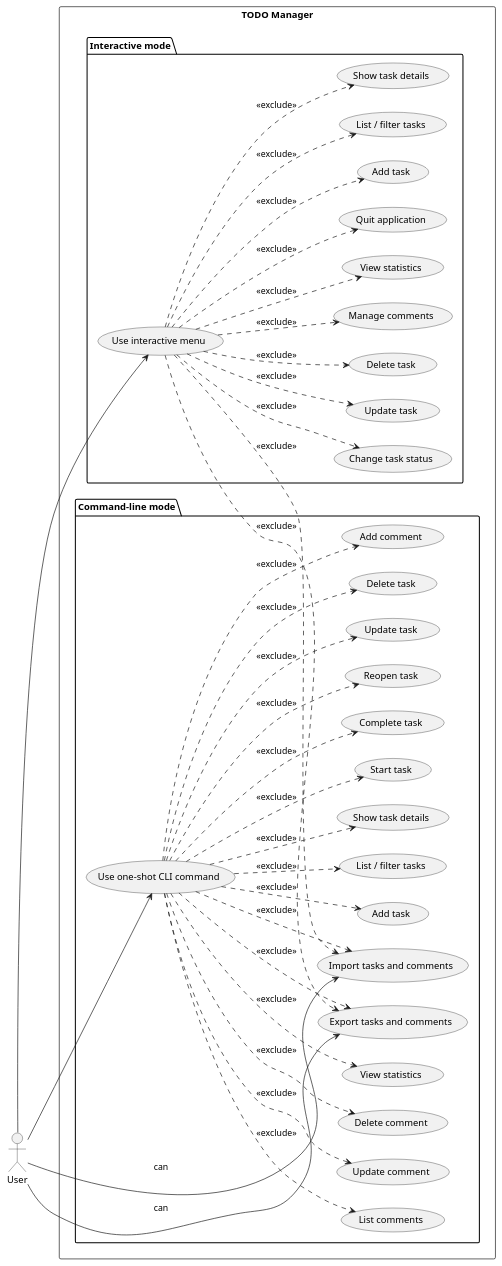
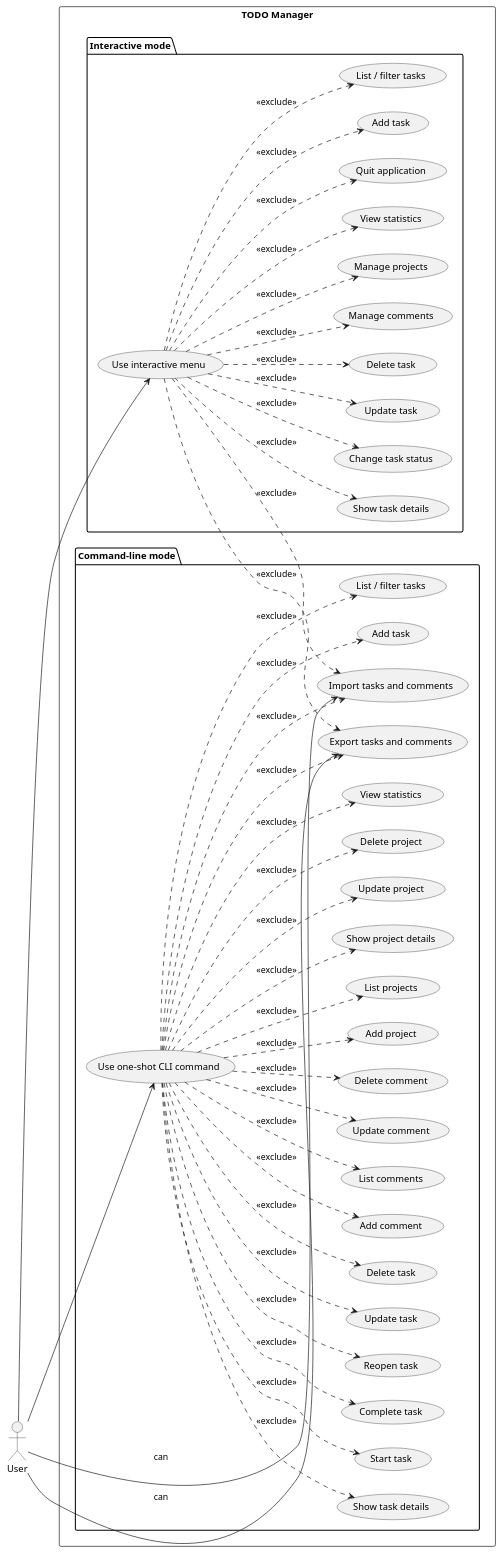
The diagram in experiments/broadcast/structured_text/TODO/artifacts/use_case_diagram.puml (DanielRiha8906/Software_autoevolution_using_agents), drawn with PlantUML before and after one commit. The commit also changed 16 other files, not shown here.

```diff
--- a/experiments/broadcast/structured_text/TODO/artifacts/use_case_diagram.puml
+++ b/experiments/broadcast/structured_text/TODO/artifacts/use_case_diagram.puml
@@ -1,77 +1,89 @@
 @startuml use_case_diagram
 
 left to right direction
 
 actor User
 
 rectangle "TODO Manager" {
 
   package "Interactive mode" {
     usecase "Use interactive menu" as UI
     usecase "Add task" as I_ADD
     usecase "List / filter tasks" as I_LIST
     usecase "Show task details" as I_SHOW
     usecase "Change task status" as I_STATUS
     usecase "Update task" as I_UPDATE
     usecase "Delete task" as I_DELETE
     usecase "Manage comments" as I_COMMENTS
+    usecase "Manage projects" as I_PROJECTS
     usecase "View statistics" as I_STATS
     usecase "Quit application" as I_QUIT
   }
 
   package "Command-line mode" {
     usecase "Use one-shot CLI command" as CLI
     usecase "Add task" as C_ADD
     usecase "List / filter tasks" as C_LIST
     usecase "Show task details" as C_SHOW
     usecase "Start task" as C_START
     usecase "Complete task" as C_DONE
     usecase "Reopen task" as C_REOPEN
     usecase "Update task" as C_UPDATE
     usecase "Delete task" as C_DELETE
     usecase "Add comment" as C_ADD_COMMENT
     usecase "List comments" as C_LIST_COMMENTS
     usecase "Update comment" as C_UPDATE_COMMENT
     usecase "Delete comment" as C_DELETE_COMMENT
+    usecase "Add project" as C_ADD_PROJECT
+    usecase "List projects" as C_LIST_PROJECT
+    usecase "Show project details" as C_SHOW_PROJECT
+    usecase "Update project" as C_UPDATE_PROJECT
+    usecase "Delete project" as C_DELETE_PROJECT
     usecase "View statistics" as C_STATS
     usecase "Export tasks and comments" as C_EXPORT
     usecase "Import tasks and comments" as C_IMPORT
   }
 }
 
 User --> UI
 User --> CLI
 
 UI ..> I_ADD    : <<exclude>>
 UI ..> I_LIST   : <<exclude>>
 UI ..> I_SHOW   : <<exclude>>
 UI ..> I_STATUS : <<exclude>>
 UI ..> I_UPDATE : <<exclude>>
 UI ..> I_DELETE : <<exclude>>
 UI ..> I_COMMENTS : <<exclude>>
+UI ..> I_PROJECTS : <<exclude>>
 UI ..> I_STATS  : <<exclude>>
 UI ..> I_QUIT   : <<exclude>>
 
 CLI ..> C_ADD    : <<exclude>>
 CLI ..> C_LIST   : <<exclude>>
 CLI ..> C_SHOW   : <<exclude>>
 CLI ..> C_START  : <<exclude>>
 CLI ..> C_DONE   : <<exclude>>
 CLI ..> C_REOPEN : <<exclude>>
 CLI ..> C_UPDATE : <<exclude>>
 CLI ..> C_DELETE : <<exclude>>
 CLI ..> C_ADD_COMMENT : <<exclude>>
 CLI ..> C_LIST_COMMENTS : <<exclude>>
 CLI ..> C_UPDATE_COMMENT : <<exclude>>
 CLI ..> C_DELETE_COMMENT : <<exclude>>
+CLI ..> C_ADD_PROJECT : <<exclude>>
+CLI ..> C_LIST_PROJECT : <<exclude>>
+CLI ..> C_SHOW_PROJECT : <<exclude>>
+CLI ..> C_UPDATE_PROJECT : <<exclude>>
+CLI ..> C_DELETE_PROJECT : <<exclude>>
 CLI ..> C_STATS : <<exclude>>
 CLI ..> C_EXPORT : <<exclude>>
 CLI ..> C_IMPORT : <<exclude>>
 
 UI ..> C_EXPORT : <<exclude>>
 UI ..> C_IMPORT : <<exclude>>
 
 User --> C_EXPORT : can
 User --> C_IMPORT : can
 
 @enduml
```
